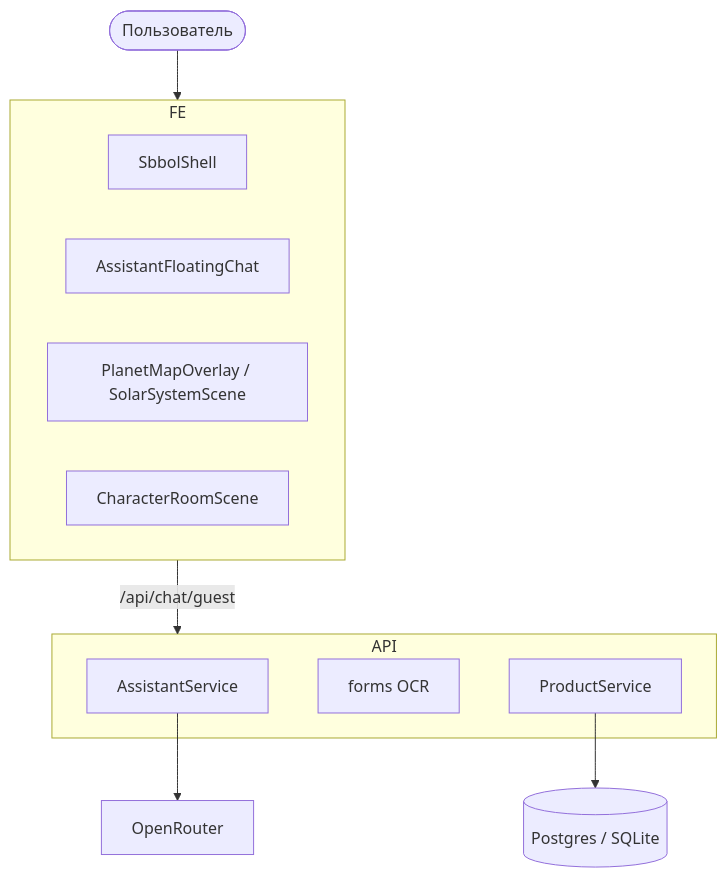
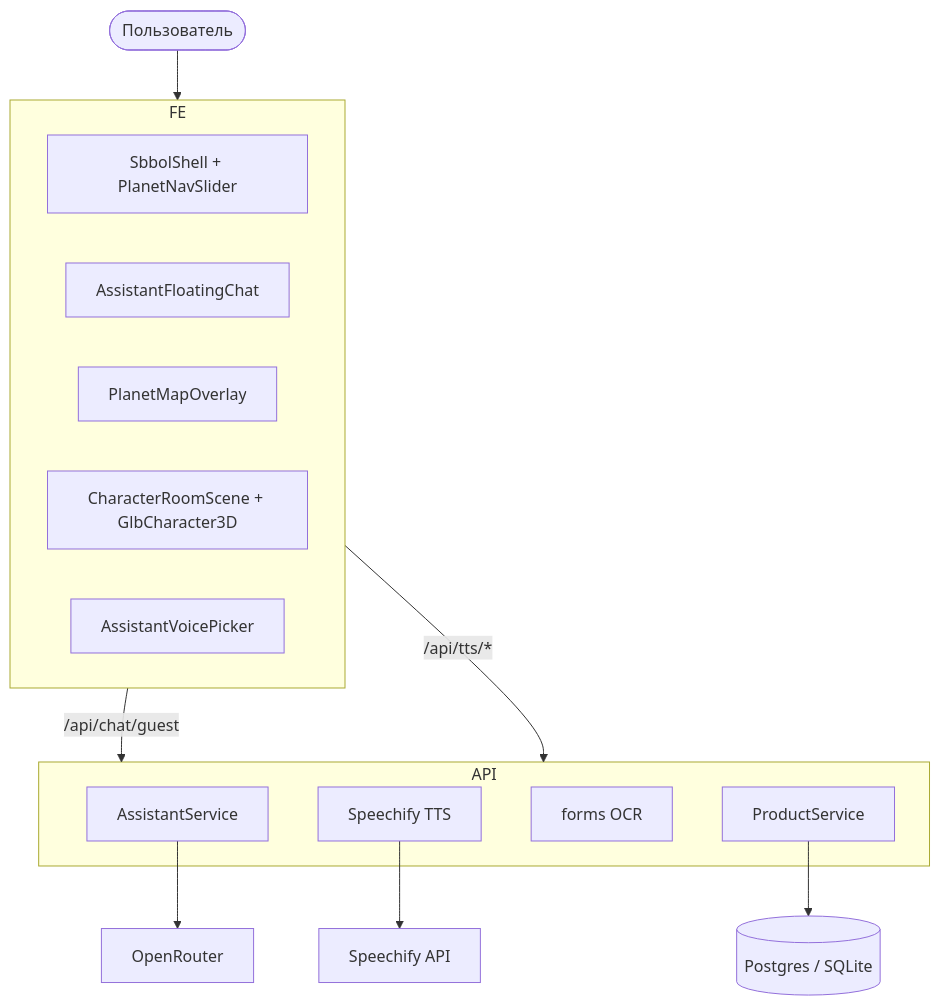
Before and after one commit to grrraaaa/mvp: the first of 2 diagrams in docs/ARCHITECTURE.md, drawn with Mermaid. The commit also changed other lines of this file and 70 other files, not shown here.

````diff
--- a/docs/ARCHITECTURE.md
+++ b/docs/ARCHITECTURE.md
@@ -12,22 +17,26 @@
 ```mermaid
 graph TB
     U([Пользователь]) --> FE[Next.js]
 
     subgraph FE
-        SHELL[SbbolShell]
+        SHELL[SbbolShell + PlanetNavSlider]
         CHAT[AssistantFloatingChat]
-        MAP[PlanetMapOverlay / SolarSystemScene]
-        STUDIO[CharacterRoomScene]
+        MAP[PlanetMapOverlay]
+        STUDIO[CharacterRoomScene + GlbCharacter3D]
+        TTS_UI[AssistantVoicePicker]
     end
 
-    FE -->|/api/chat/guest| API[FastAPI / api/index.py]
+    FE -->|/api/chat/guest| API[FastAPI]
+    FE -->|/api/tts/*| API
 
     subgraph API
         AIS[AssistantService]
+        TTS[Speechify TTS]
         FORMS[forms OCR]
         PRD[ProductService]
     end
 
     AIS --> LLM[OpenRouter]
+    TTS --> SP[Speechify API]
     PRD --> DB[(Postgres / SQLite)]
 ```
````
